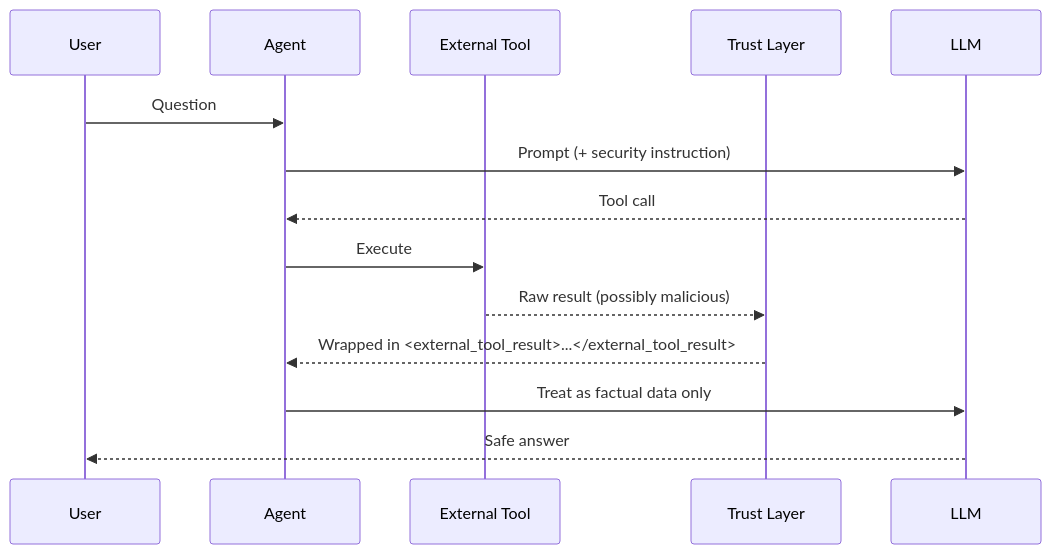
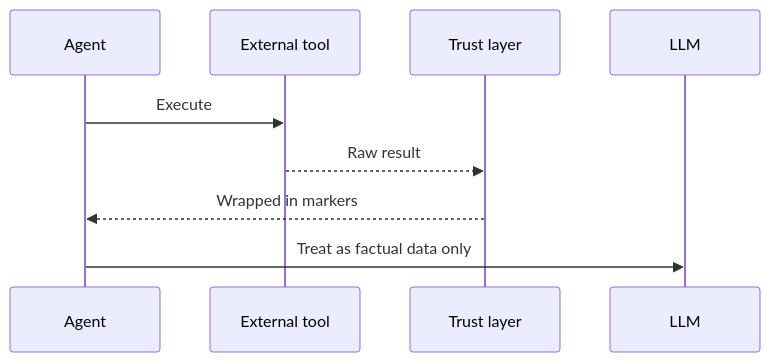
The second of 2 diagrams in docs/features/prompt-injection-protection.mdx (MervinPraison/PraisonAIDocs), drawn with Mermaid before and after one commit. The commit also changed other lines of this file and 4 other files, not shown here.

````diff
--- a/docs/features/prompt-injection-protection.mdx
+++ b/docs/features/prompt-injection-protection.mdx
@@ -78,17 +94,12 @@
 ```mermaid
 sequenceDiagram
-    participant User
     participant Agent
-    participant Tool as External Tool
-    participant Trust as Trust Layer
+    participant Tool as External tool
+    participant Trust as Trust layer
     participant LLM
 
-    User->>Agent: Question
-    Agent->>LLM: Prompt (+ security instruction)
-    LLM-->>Agent: Tool call
     Agent->>Tool: Execute
-    Tool-->>Trust: Raw result (possibly malicious)
-    Trust-->>Agent: Wrapped in <external_tool_result>...</external_tool_result>
+    Tool-->>Trust: Raw result
+    Trust-->>Agent: Wrapped in markers
     Agent->>LLM: Treat as factual data only
-    LLM-->>User: Safe answer
 ```
````
